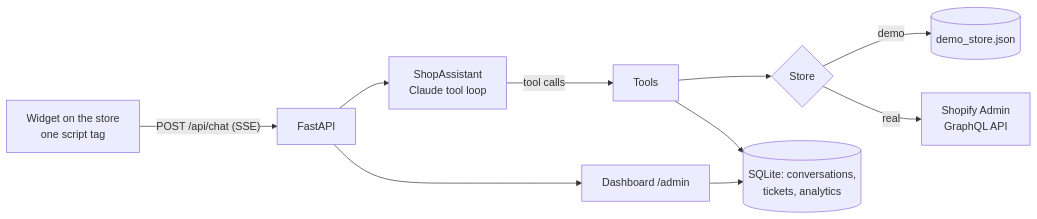
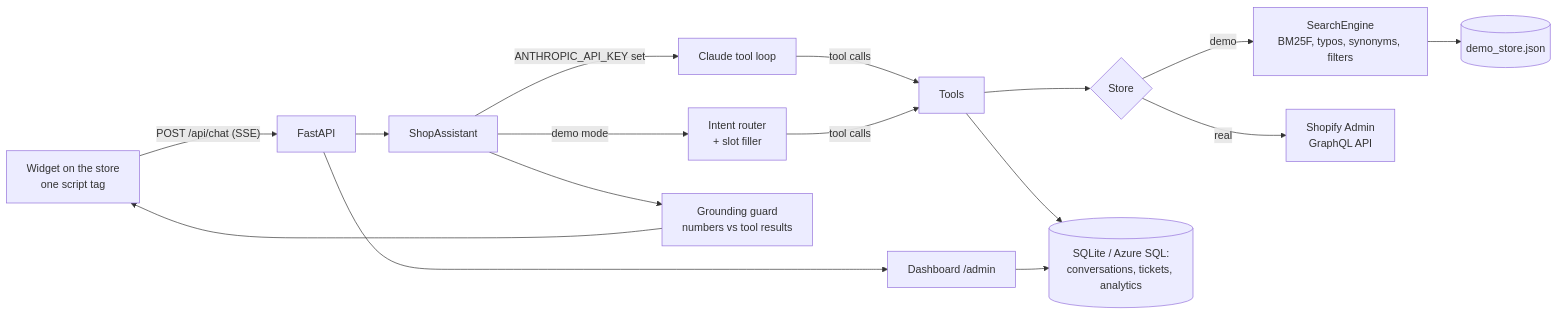
One commit to momchilborisov05-eng/shopify-shopping-assistant changed the diagram in README.md. Above: the diagram before and after it, drawn with Mermaid. The commit also changed other lines of this file and 35 other files, not shown here.

Commit message:
Add product ranking, demo store and benchmark

````diff
--- a/README.md
+++ b/README.md
@@ -39,12 +48,18 @@
 ```mermaid
 flowchart LR
     W[Widget on the store<br/>one script tag] -- "POST /api/chat (SSE)" --> API[FastAPI]
-    API --> A[ShopAssistant<br/>Claude tool loop]
-    A -- tool calls --> T[Tools]
+    API --> A[ShopAssistant]
+    A -->|ANTHROPIC_API_KEY set| C[Claude tool loop]
+    A -->|demo mode| R[Intent router<br/>+ slot filler]
+    C -- tool calls --> T[Tools]
+    R -- tool calls --> T
     T --> S{Store}
-    S -->|demo| D[(demo_store.json)]
+    S -->|demo| SE[SearchEngine<br/>BM25F, typos, synonyms, filters]
+    SE --> D[(demo_store.json)]
     S -->|real| GQL[Shopify Admin<br/>GraphQL API]
-    T --> K[(SQLite: conversations,<br/>tickets, analytics)]
+    A --> G[Grounding guard<br/>numbers vs tool results]
+    G --> W
+    T --> K[(SQLite / Azure SQL:<br/>conversations, tickets, analytics)]
     API --> DB[Dashboard /admin]
     DB --> K
 ```
````
